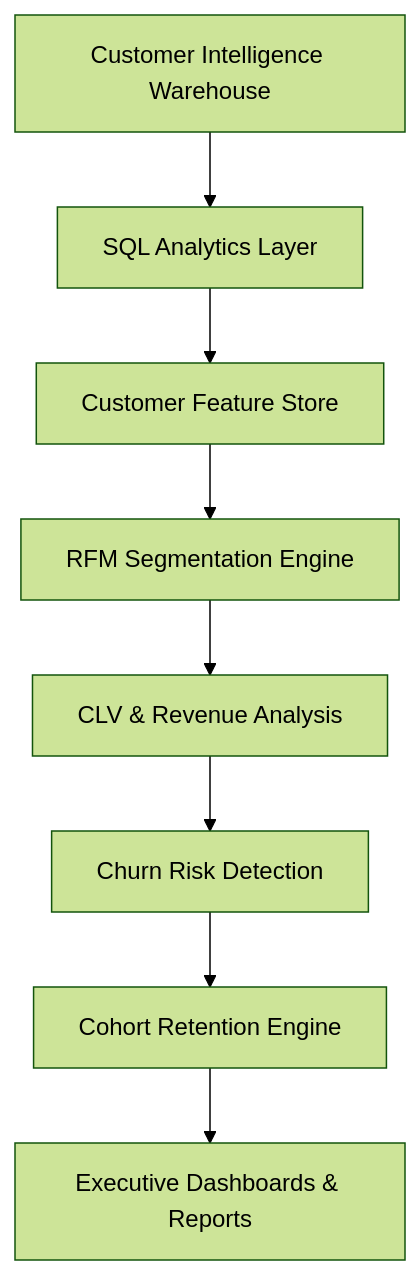
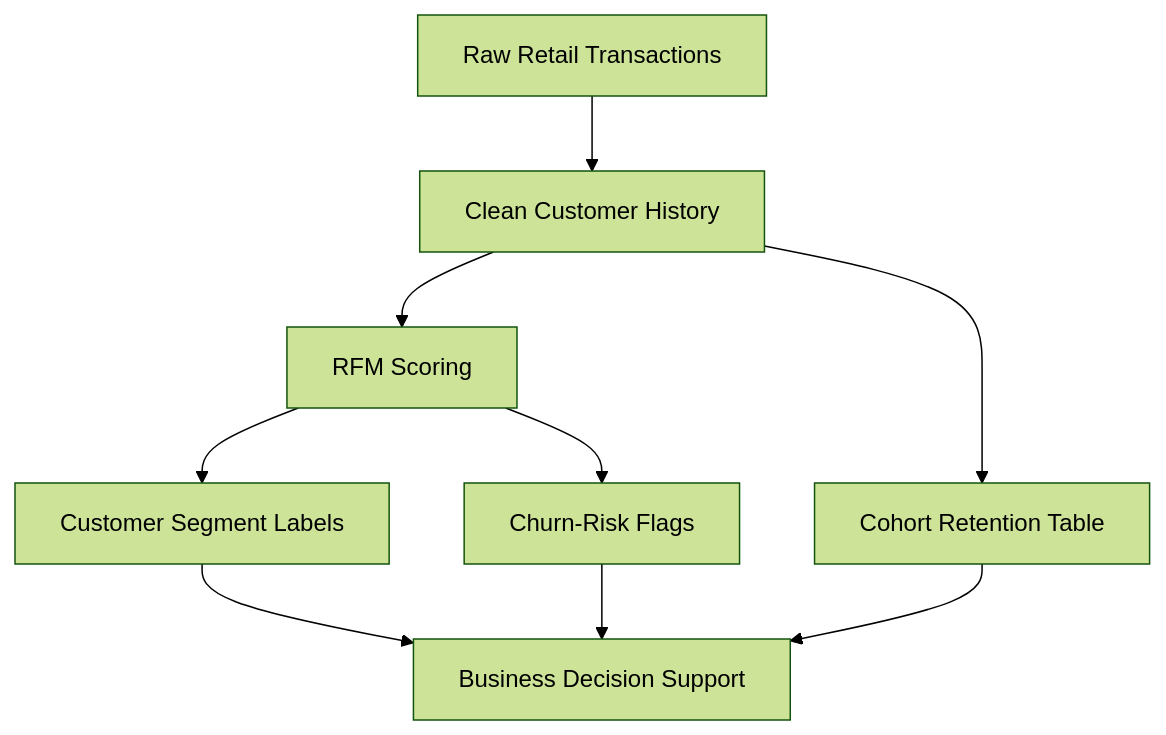
One commit to Kartz82/customer-segmentation-rfm changed the first of 2 diagrams in README.md. Above: the diagram before and after it, drawn with Mermaid (forest theme). The commit also changed other lines of this file, not shown here.

````diff
--- a/README.md
+++ b/README.md
@@ -51,10 +111,11 @@
 ```mermaid
 flowchart TD
-    A[Customer Intelligence Warehouse] --> B[SQL Analytics Layer]
-    B --> C[Customer Feature Store]
-    C --> D[RFM Segmentation Engine]
-    D --> E[CLV & Revenue Analysis]
-    E --> F[Churn Risk Detection]
-    F --> G[Cohort Retention Engine]
-    G --> H[Executive Dashboards & Reports]
+    A[Raw Retail Transactions] --> B[Clean Customer History]
+    B --> C[RFM Scoring]
+    C --> D[Customer Segment Labels]
+    C --> E[Churn-Risk Flags]
+    B --> F[Cohort Retention Table]
+    D --> G[Business Decision Support]
+    E --> G
+    F --> G
 ```
````
